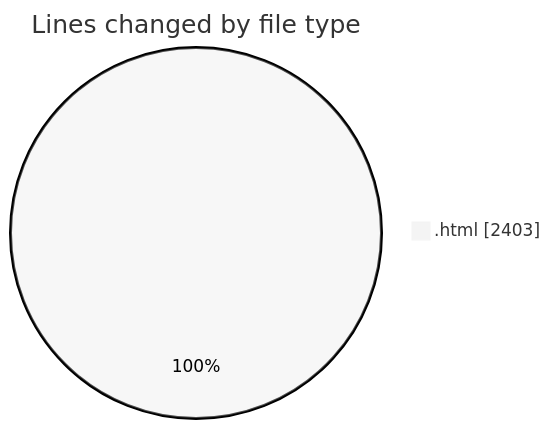
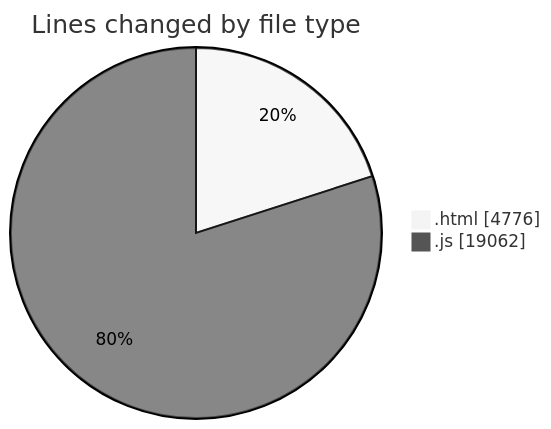
One commit to LanceThiago/code-tracking changed the first of 2 diagrams in 2025-04-24/enre_-_calculadora_de_consumo_v_2022_files/README.md. Above: the diagram before and after it, drawn with Mermaid (neutral theme). The commit also changed other lines of this file and 1 other file, not shown here.

````diff
--- a/2025-04-24/enre_-_calculadora_de_consumo_v_2022_files/README.md
+++ b/2025-04-24/enre_-_calculadora_de_consumo_v_2022_files/README.md
@@ -20,5 +21,6 @@
 ```mermaid
 pie showData
 title Lines changed by file type
-".html" : 2403
+".html" : 4776
+".js" : 19062
 ```
````
